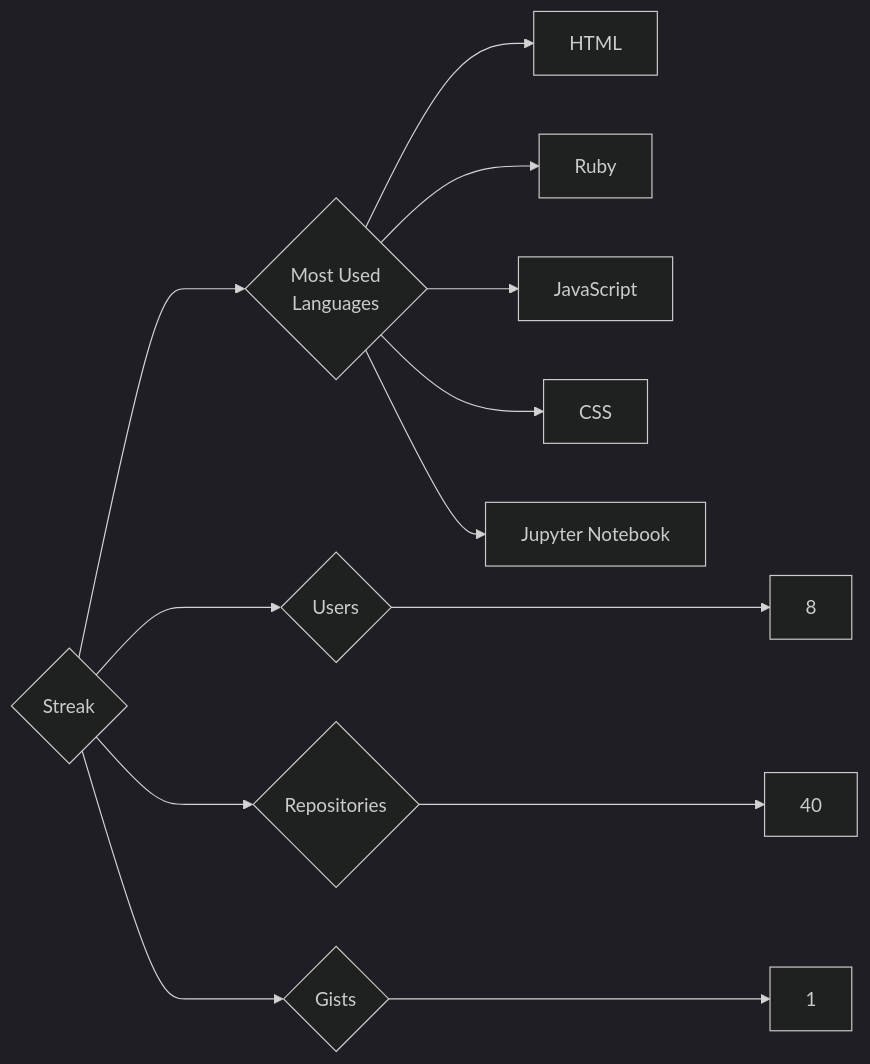
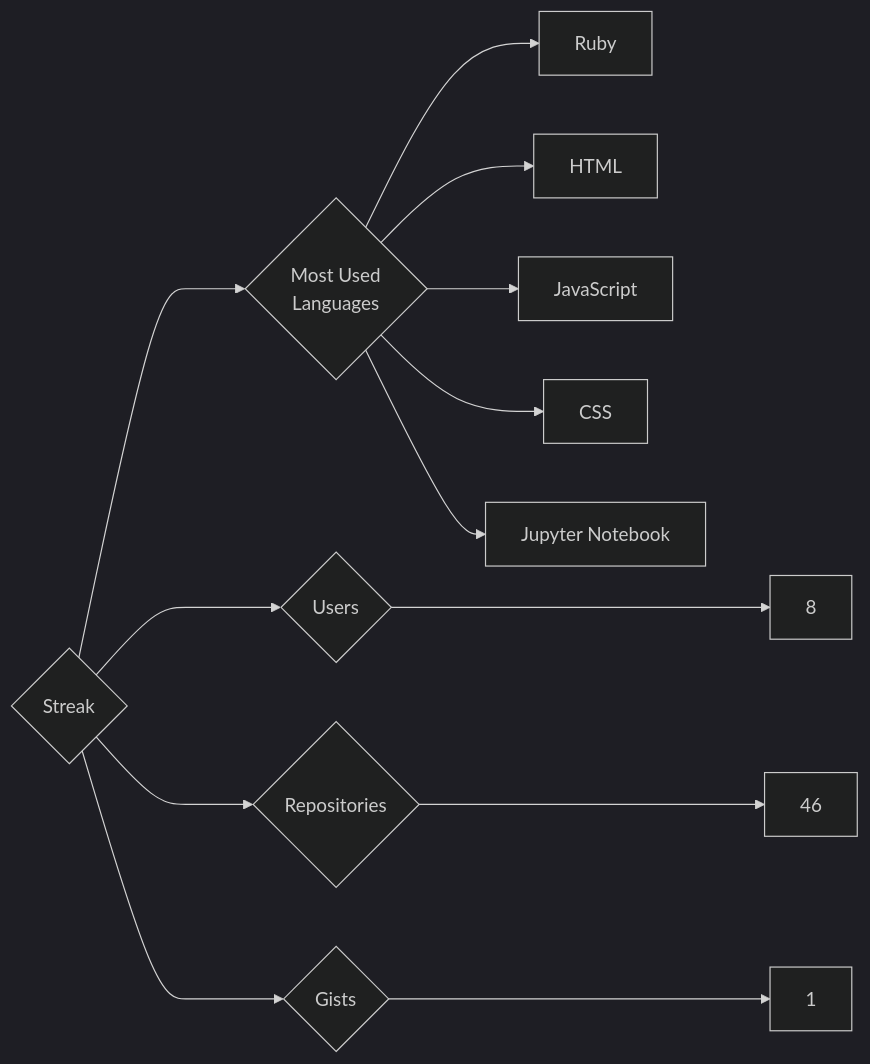
One commit to trickest/insiders changed the diagram in targets/Streak/README.md. Above: the diagram before and after it, drawn with Mermaid (dark theme). The commit also changed 928 other files, not shown here.

````diff
--- a/targets/Streak/README.md
+++ b/targets/Streak/README.md
@@ -3,13 +3,13 @@
 ```mermaid
 graph LR
 COMPANY_NAME{Streak}
 COMPANY_NAME ---> U{Users} ---> UN[8]
-COMPANY_NAME ---> R{Repositories} ---> RN[40]
+COMPANY_NAME ---> R{Repositories} ---> RN[46]
 COMPANY_NAME ---> G{Gists} ---> GN[1]
 COMPANY_NAME ---> ML{Most Used<br>Languages}
+ML --> Ruby[Ruby]
 ML --> HTML[HTML]
-ML --> Ruby[Ruby]
 ML --> JavaScript[JavaScript]
 ML --> CSS[CSS]
 ML --> Jupyter_Notebook[Jupyter Notebook]
 ```
````
